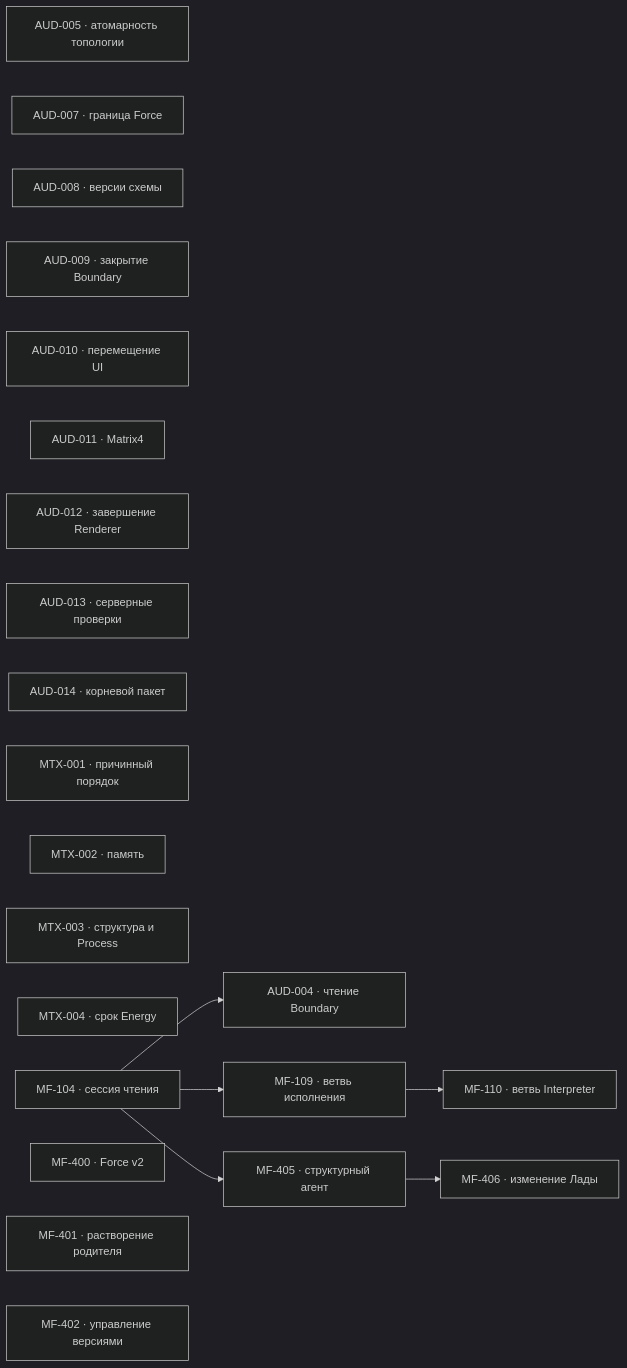
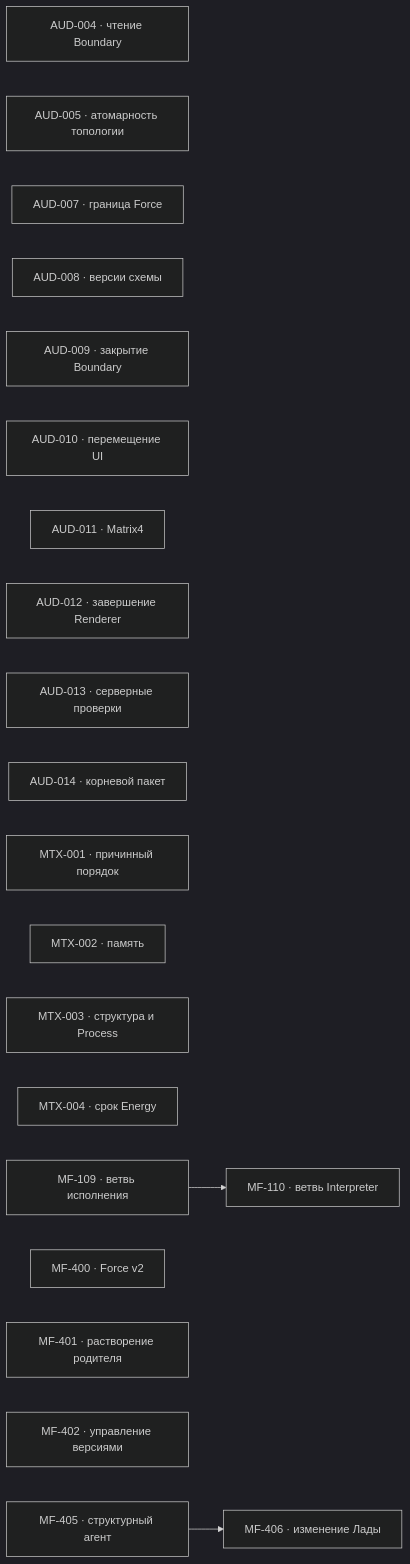
The diagram in project/TODO.md (zavx0z/metafor), drawn with Mermaid (dark theme) before and after one commit. The commit also changed other lines of this file and 1 other file, not shown here.

````diff
--- a/project/TODO.md
+++ b/project/TODO.md
@@ -13,30 +13,26 @@
 ```mermaid
 flowchart LR
     AUD004["AUD-004 · чтение Boundary"]
     AUD005["AUD-005 · атомарность топологии"]
     AUD007["AUD-007 · граница Force"]
     AUD008["AUD-008 · версии схемы"]
     AUD009["AUD-009 · закрытие Boundary"]
     AUD010["AUD-010 · перемещение UI"]
     AUD011["AUD-011 · Matrix4"]
     AUD012["AUD-012 · завершение Renderer"]
     AUD013["AUD-013 · серверные проверки"]
     AUD014["AUD-014 · корневой пакет"]
     MTX001["MTX-001 · причинный порядок"]
     MTX002["MTX-002 · память"]
     MTX003["MTX-003 · структура и Process"]
     MTX004["MTX-004 · срок Energy"]
-    MF104["MF-104 · сессия чтения"]
     MF109["MF-109 · ветвь исполнения"]
     MF110["MF-110 · ветвь Interpreter"]
     MF400["MF-400 · Force v2"]
     MF401["MF-401 · растворение родителя"]
     MF402["MF-402 · управление версиями"]
     MF405["MF-405 · структурный агент"]
     MF406["MF-406 · изменение Лады"]
-    MF104 --> AUD004
-    MF104 --> MF109
     MF109 --> MF110
-    MF104 --> MF405
     MF405 --> MF406
 ```
````
